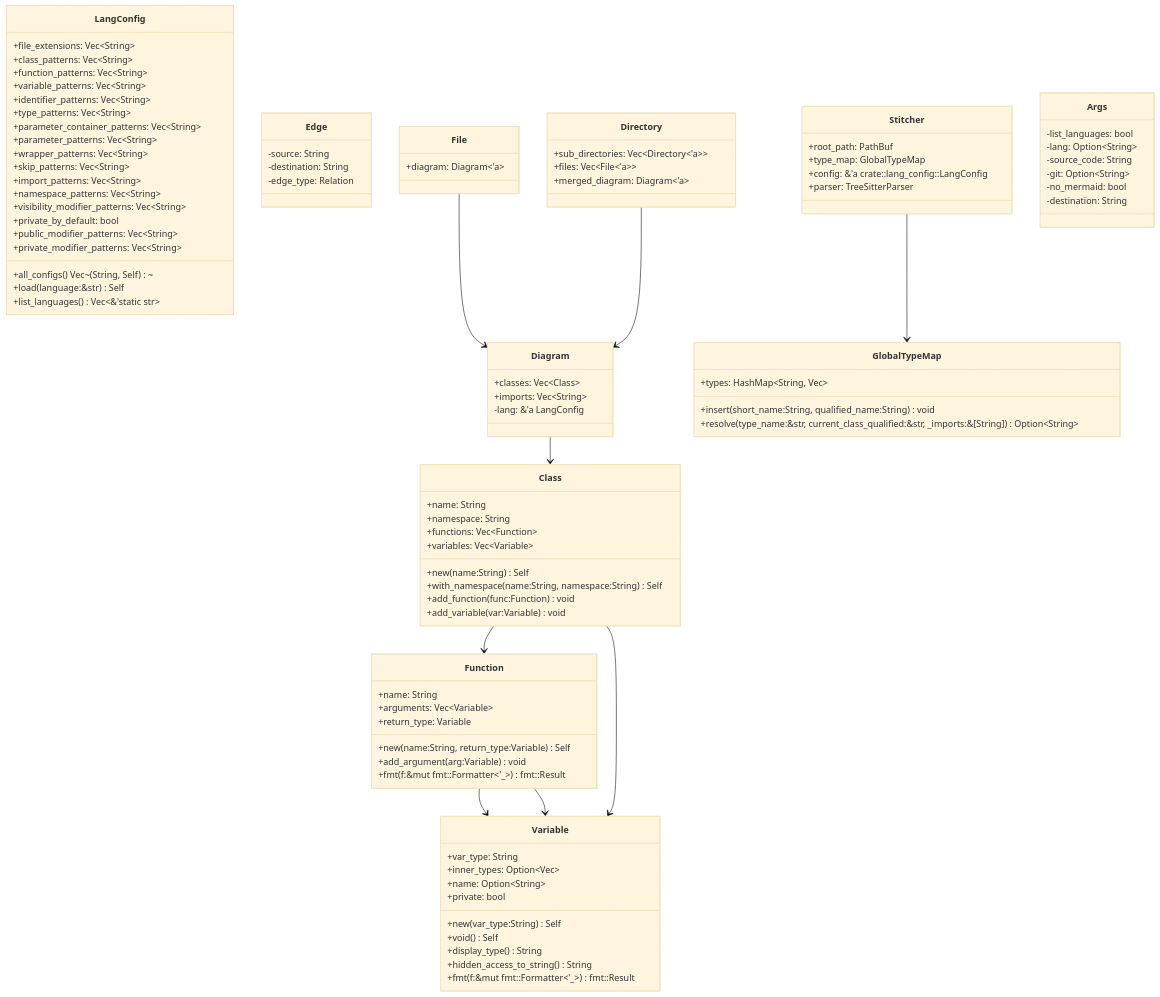
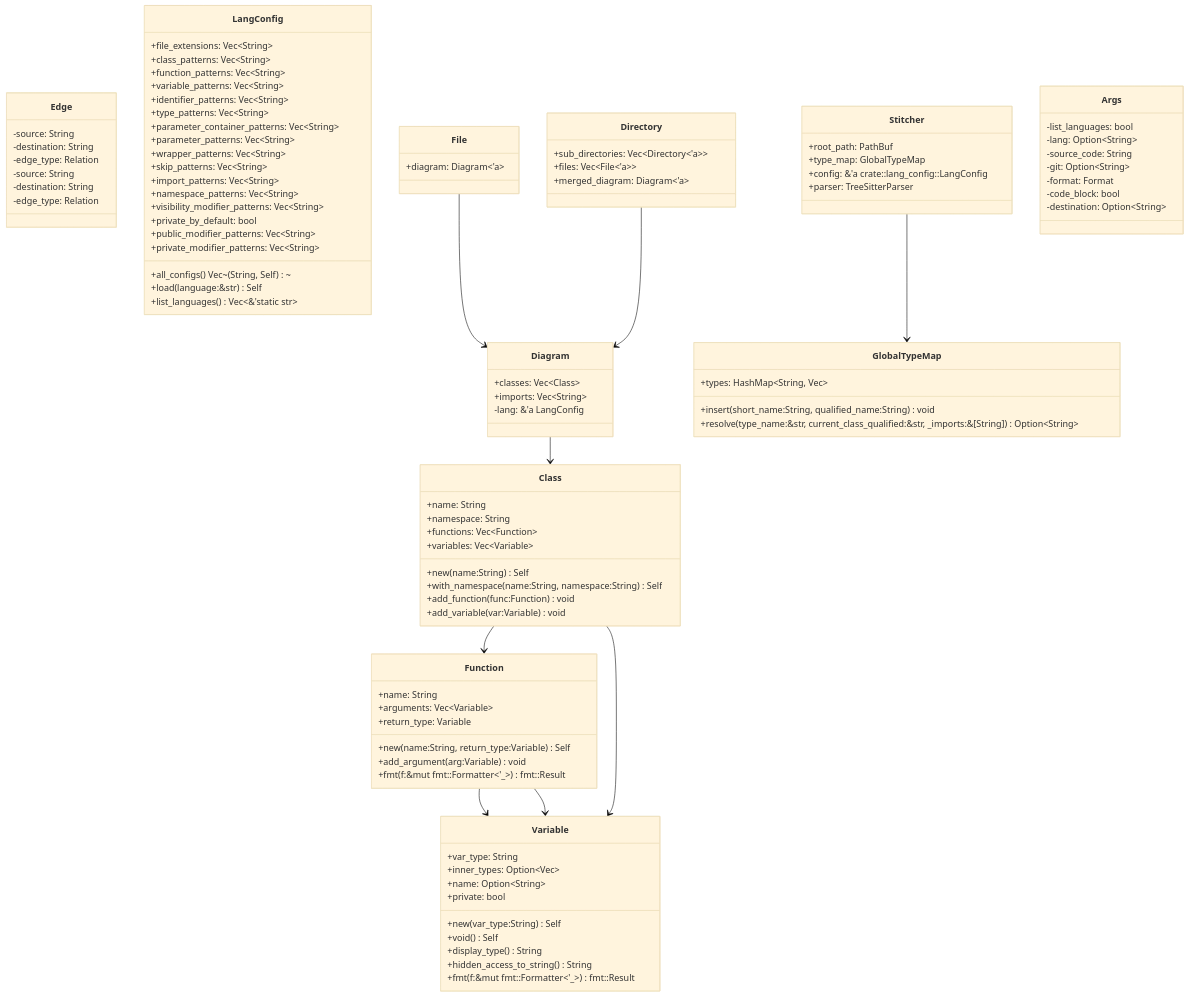
The diagram in UML.md (EthanDGee/Auto-UML), drawn with Mermaid (base theme) before and after one commit.

Commit message:
docs: update UML diagram [skip ci]

````diff
--- a/UML.md
+++ b/UML.md
@@ -1,26 +1,5 @@
 ```mermaid
 classDiagram
-    class LangConfig {
-        +file_extensions: Vec~String~
-        +class_patterns: Vec~String~
-        +function_patterns: Vec~String~
-        +variable_patterns: Vec~String~
-        +identifier_patterns: Vec~String~
-        +type_patterns: Vec~String~
-        +parameter_container_patterns: Vec~String~
-        +parameter_patterns: Vec~String~
-        +wrapper_patterns: Vec~String~
-        +skip_patterns: Vec~String~
-        +import_patterns: Vec~String~
-        +namespace_patterns: Vec~String~
-        +visibility_modifier_patterns: Vec~String~
-        +private_by_default: bool
-        +public_modifier_patterns: Vec~String~
-        +private_modifier_patterns: Vec~String~
-        +all_configs() Vec~(String, Self)~
-        +load(language:&str) Self
-        +list_languages() Vec~&'static str~
-    }
     class Edge {
         -source: String
         -destination: String
@@ -60,6 +39,27 @@
         +imports: Vec~String~
         -lang: &'a LangConfig
     }
+    class LangConfig {
+        +file_extensions: Vec~String~
+        +class_patterns: Vec~String~
+        +function_patterns: Vec~String~
+        +variable_patterns: Vec~String~
+        +identifier_patterns: Vec~String~
+        +type_patterns: Vec~String~
+        +parameter_container_patterns: Vec~String~
+        +parameter_patterns: Vec~String~
+        +wrapper_patterns: Vec~String~
+        +skip_patterns: Vec~String~
+        +import_patterns: Vec~String~
+        +namespace_patterns: Vec~String~
+        +visibility_modifier_patterns: Vec~String~
+        +private_by_default: bool
+        +public_modifier_patterns: Vec~String~
+        +private_modifier_patterns: Vec~String~
+        +all_configs() Vec~(String, Self)~
+        +load(language:&str) Self
+        +list_languages() Vec~&'static str~
+    }
     class File {
         +diagram: Diagram~'a~
     }
@@ -79,13 +79,19 @@
         +config: &'a crate::lang_config::LangConfig
         +parser: TreeSitterParser
     }
+    class Edge {
+        -source: String
+        -destination: String
+        -edge_type: Relation
+    }
     class Args {
         -list_languages: bool
         -lang: Option~String~
         -source_code: String
         -git: Option~String~
-        -no_mermaid: bool
-        -destination: String
+        -format: Format
+        -code_block: bool
+        -destination: Option~String~
     }
     Function --> Variable
     Function --> Variable
````
